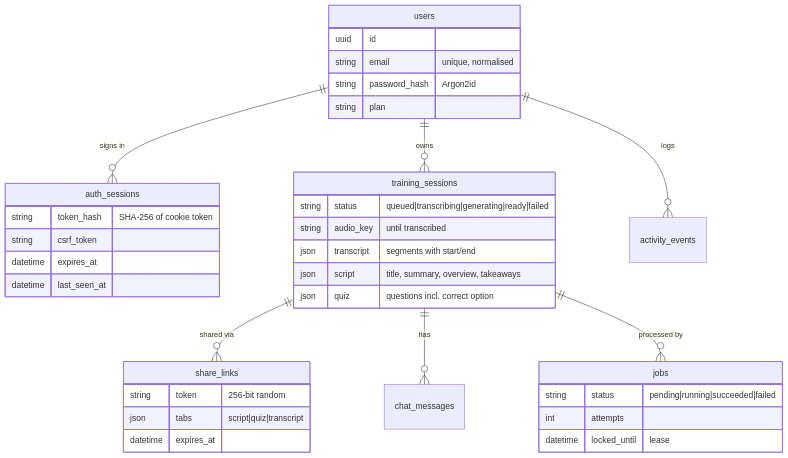
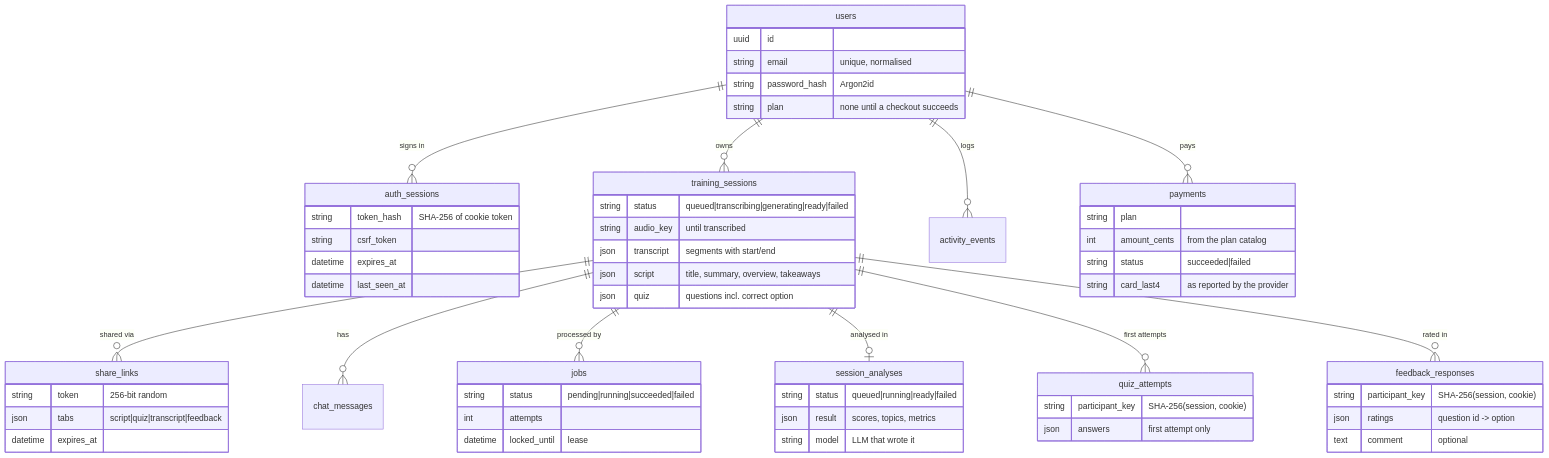
Before and after one commit to DieTatsache/TranscriptionTool: the second of 2 diagrams in docs/ARCHITECTURE.md, drawn with Mermaid. The commit also changed other lines of this file and 124 other files, not shown here.

````diff
--- a/docs/ARCHITECTURE.md
+++ b/docs/ARCHITECTURE.md
@@ -50,39 +53,63 @@
 ```mermaid
 erDiagram
     users ||--o{ auth_sessions : "signs in"
     users ||--o{ training_sessions : owns
     users ||--o{ activity_events : logs
+    users ||--o{ payments : "pays"
     training_sessions ||--o{ share_links : "shared via"
     training_sessions ||--o{ chat_messages : has
     training_sessions ||--o{ jobs : "processed by"
+    training_sessions ||--o| session_analyses : "analysed in"
+    training_sessions ||--o{ quiz_attempts : "first attempts"
+    training_sessions ||--o{ feedback_responses : "rated in"
 
     users {
         uuid id
         string email "unique, normalised"
         string password_hash "Argon2id"
+        string plan "none until a checkout succeeds"
+    }
+    payments {
         string plan
+        int amount_cents "from the plan catalog"
+        string status "succeeded|failed"
+        string card_last4 "as reported by the provider"
     }
     auth_sessions {
         string token_hash "SHA-256 of cookie token"
         string csrf_token
         datetime expires_at
         datetime last_seen_at
     }
     training_sessions {
         string status "queued|transcribing|generating|ready|failed"
         string audio_key "until transcribed"
         json transcript "segments with start/end"
         json script "title, summary, overview, takeaways"
         json quiz "questions incl. correct option"
     }
     share_links {
         string token "256-bit random"
-        json tabs "script|quiz|transcript"
+        json tabs "script|quiz|transcript|feedback"
         datetime expires_at
+    }
+    session_analyses {
+        string status "queued|running|ready|failed"
+        json result "scores, topics, metrics"
+        string model "LLM that wrote it"
+    }
+    quiz_attempts {
+        string participant_key "SHA-256(session, cookie)"
+        json answers "first attempt only"
+    }
+    feedback_responses {
+        string participant_key "SHA-256(session, cookie)"
+        json ratings "question id -> option"
+        text comment "optional"
     }
     jobs {
         string status "pending|running|succeeded|failed"
         int attempts
         datetime locked_until "lease"
     }
 ```
````
